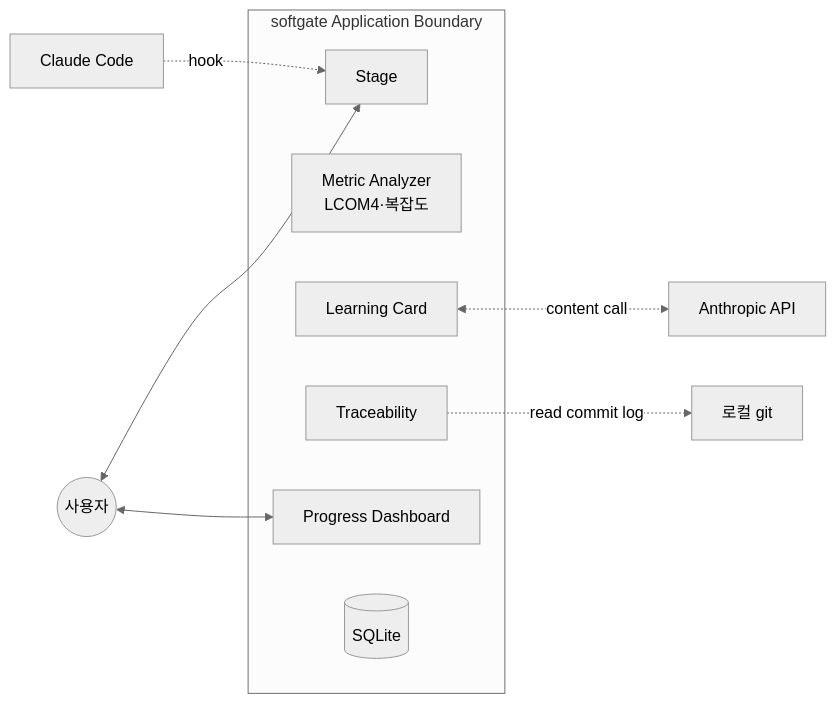
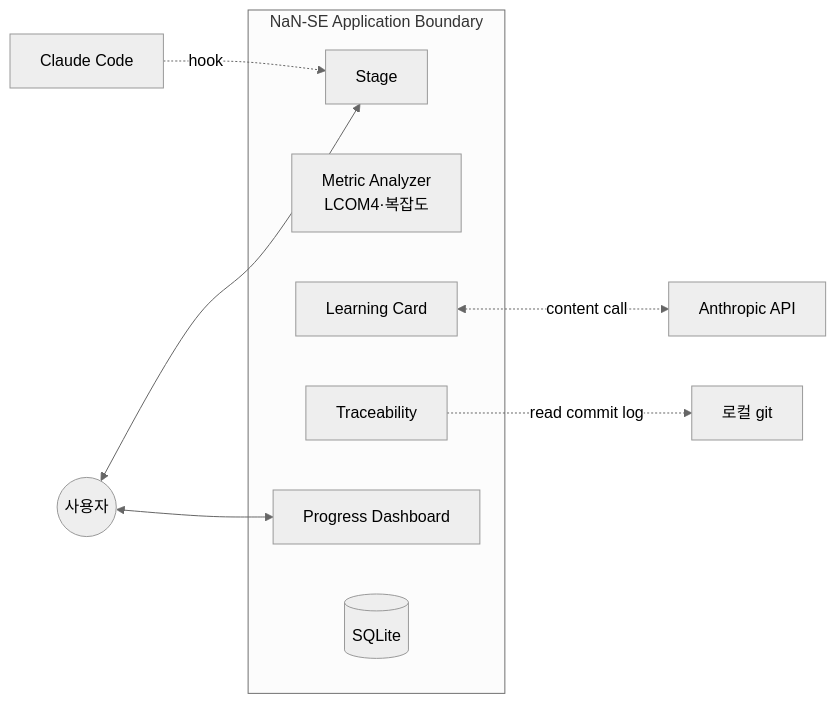
One commit to YujunOh/NaN-SE changed the fourth of 4 diagrams in docs/ARCHITECTURE.md. Above: the diagram before and after it, drawn with Mermaid (neutral theme). The commit also changed other lines of this file and 58 other files, not shown here.

````diff
--- a/docs/ARCHITECTURE.md
+++ b/docs/ARCHITECTURE.md
@@ -317,22 +317,22 @@
 ```mermaid
 flowchart LR
-    subgraph "softgate Application Boundary"
+    subgraph "NaN-SE Application Boundary"
         SG[Stage]
         SJ[Metric Analyzer<br/>LCOM4·복잡도]
         LC[Learning Card]
         TR[Traceability]
         PD[Progress Dashboard]
         DB[(SQLite)]
     end
 
     User((사용자))
     CC[Claude Code]
     Ant[Anthropic API]
     Git[로컬 git]
 
     User <--> SG
     User <--> PD
     CC -.hook.-> SG
     LC <-.content call.-> Ant
     TR -.read commit log.-> Git
 ```
````
